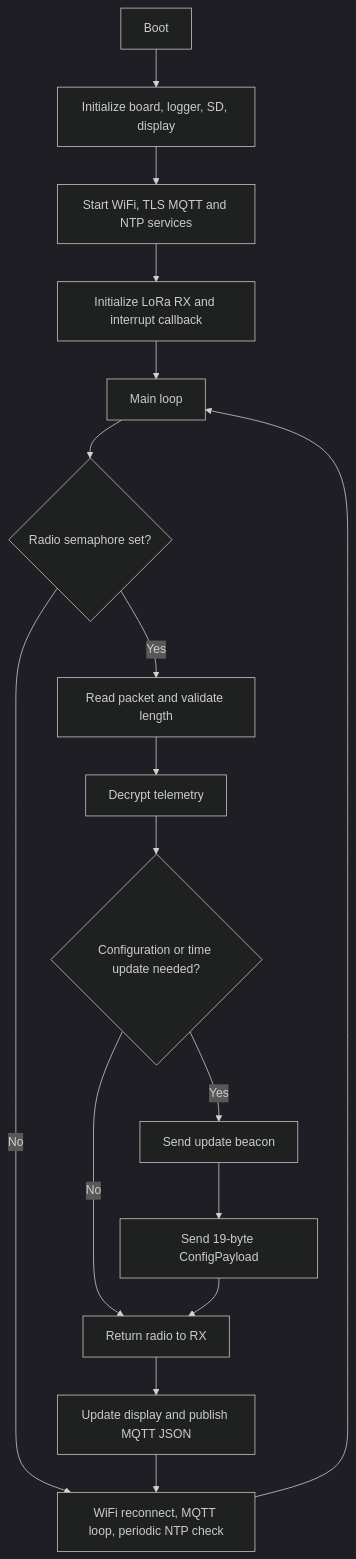
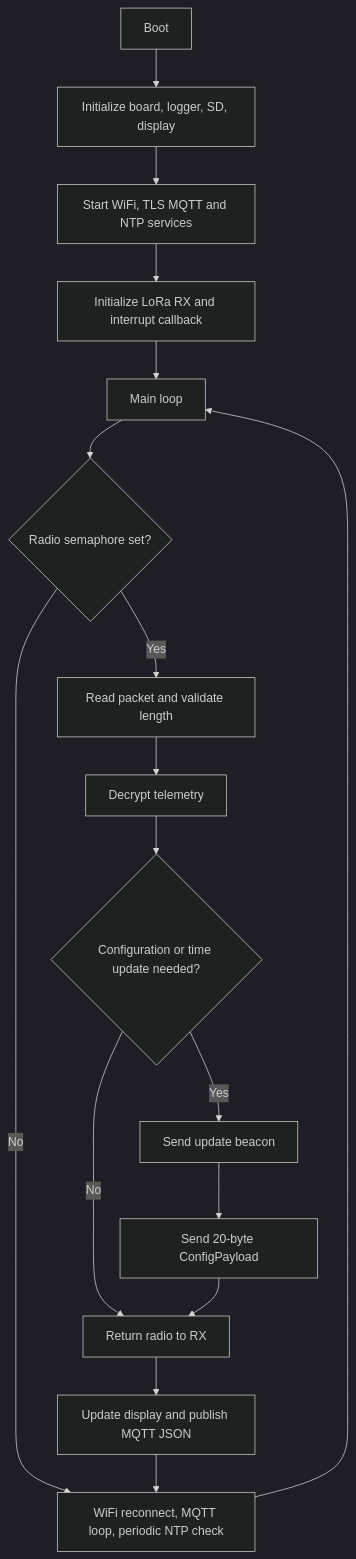
One commit to DrRikons/LoraHome_Lora32 changed the fourth of 5 diagrams in FIRMWARE_GUIDE.md. Above: the diagram before and after it, drawn with Mermaid (dark theme). The commit also changed other lines of this file and 11 other files, not shown here.

````diff
--- a/FIRMWARE_GUIDE.md
+++ b/FIRMWARE_GUIDE.md
@@ -105,19 +105,19 @@
 ```mermaid
 flowchart TD
     Start[Boot] --> Board[Initialize board, logger, SD, display]
     Board --> Net[Start WiFi, TLS MQTT and NTP services]
     Net --> Radio[Initialize LoRa RX and interrupt callback]
     Radio --> Loop[Main loop]
     Loop --> Event{Radio semaphore set?}
     Event -->|Yes| Read[Read packet and validate length]
     Read --> Decode[Decrypt telemetry]
     Decode --> Update{Configuration or time update needed?}
     Update -->|Yes| Beacon[Send update beacon]
-    Beacon --> Downlink[Send 19-byte ConfigPayload]
+    Beacon --> Downlink[Send 20-byte ConfigPayload]
     Update -->|No| Resume
     Downlink --> Resume[Return radio to RX]
     Resume --> Present[Update display and publish MQTT JSON]
     Event -->|No| Network[WiFi reconnect, MQTT loop, periodic NTP check]
     Present --> Network
     Network --> Loop
 ```
````
